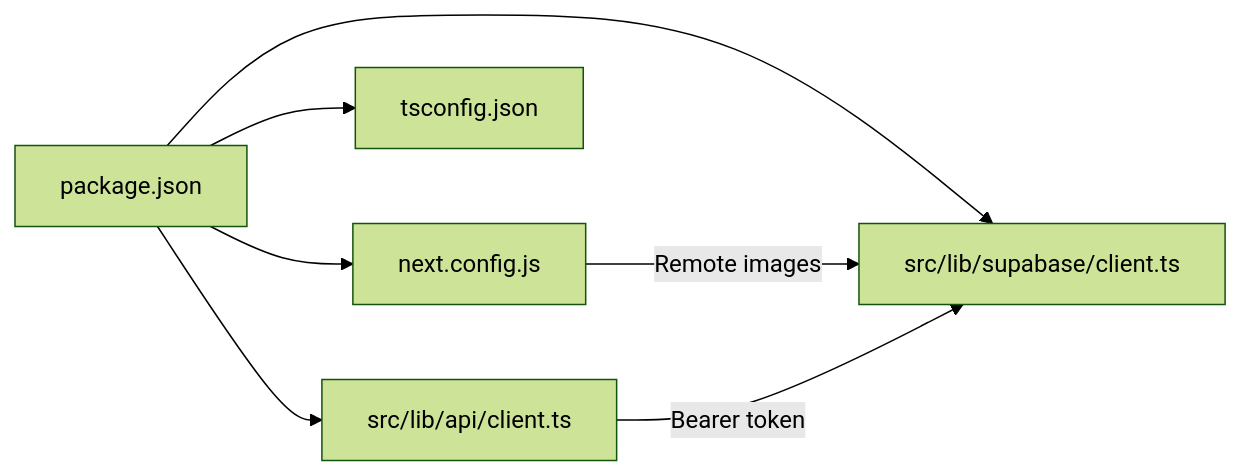
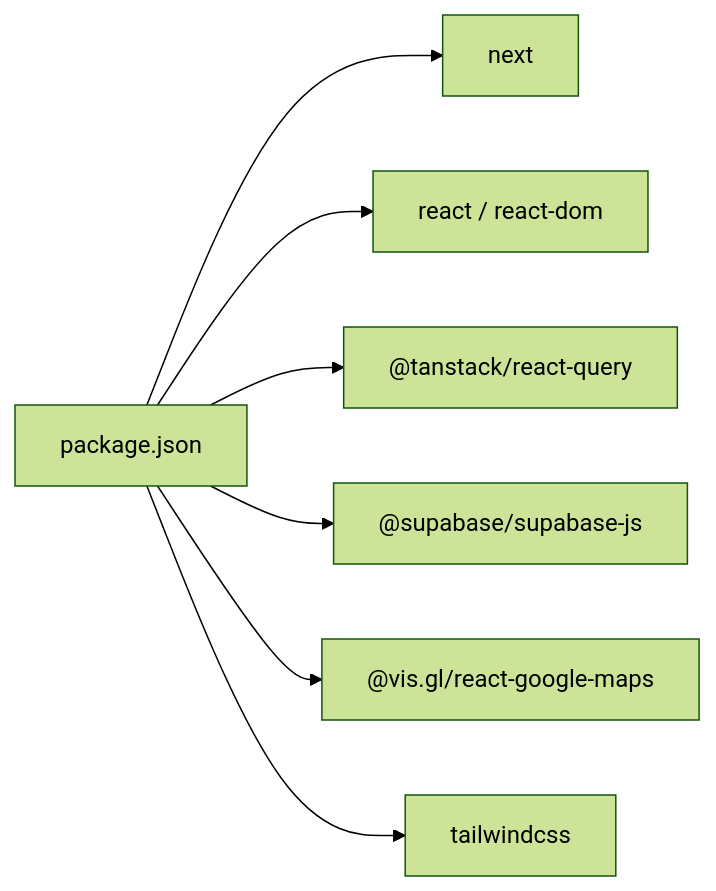
One commit to Meaetin/alibaba-hackathon changed the third of 3 diagrams in .qoder/repowiki/en/content/Getting Started.md. Above: the diagram before and after it, drawn with Mermaid (forest theme). The commit also changed other lines of this file and 241 other files, not shown here.

````diff
--- a/.qoder/repowiki/en/content/Getting Started.md
+++ b/.qoder/repowiki/en/content/Getting Started.md
@@ -201,14 +192,9 @@
 ```mermaid
 graph LR
-P["package.json"]
-N["next.config.js"]
-T["tsconfig.json"]
-S["src/lib/supabase/client.ts"]
-A["src/lib/api/client.ts"]
-P --> N
-P --> T
-P --> S
-P --> A
-N --> |Remote images| S
-A --> |Bearer token| S
+Pkg["package.json"] --> N["next"]
+Pkg --> R["react / react-dom"]
+Pkg --> TQ["@tanstack/react-query"]
+Pkg --> SB["@supabase/supabase-js"]
+Pkg --> GM["@vis.gl/react-google-maps"]
+Pkg --> TW["tailwindcss"]
 ```
````
